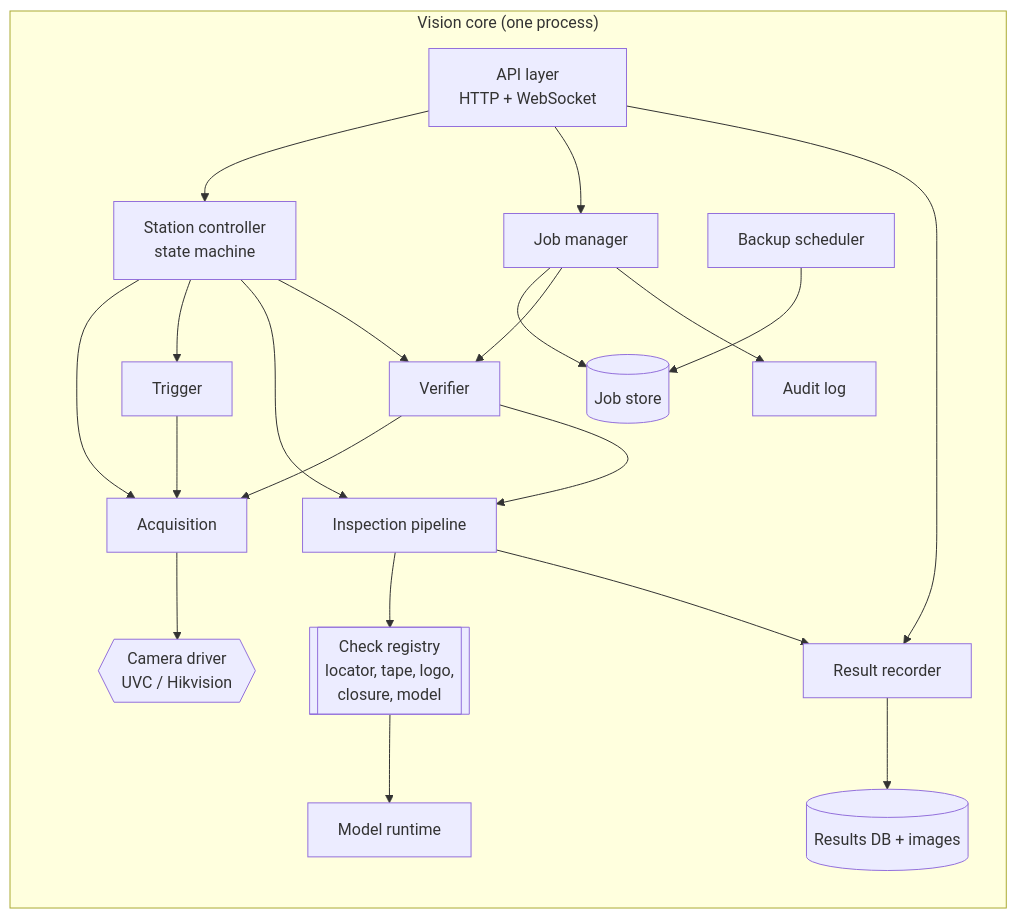
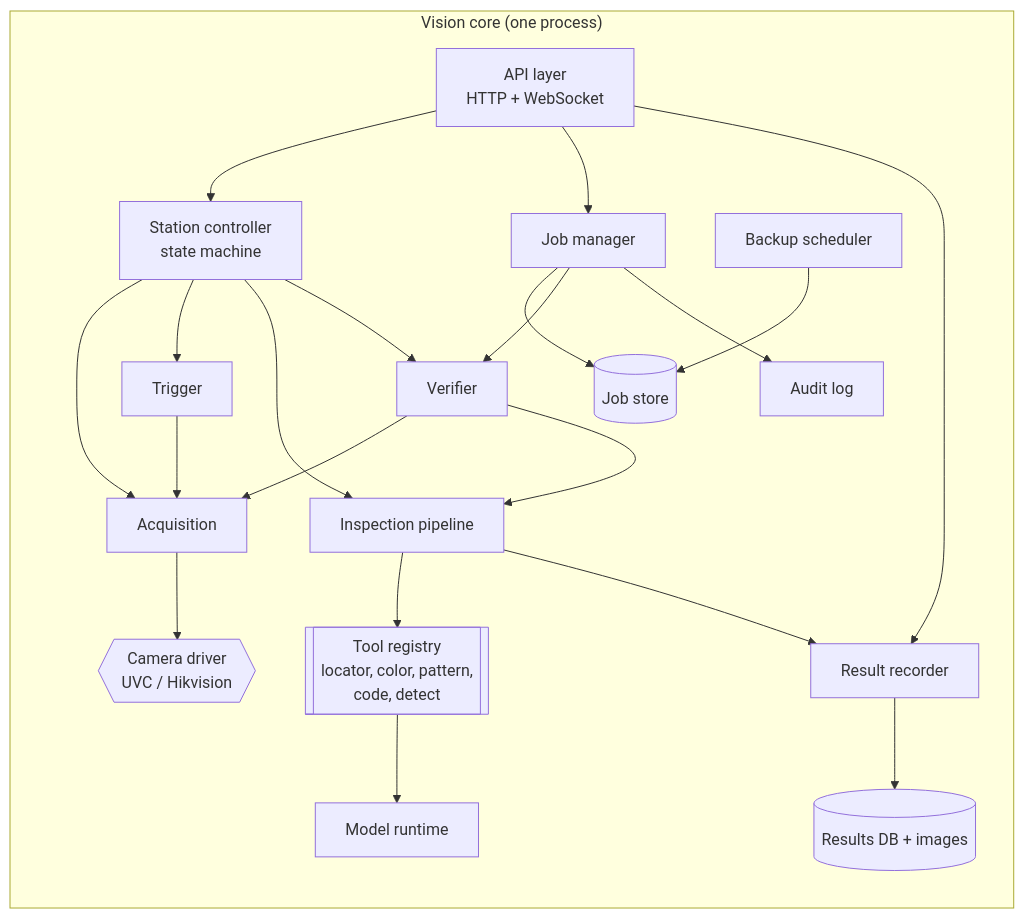
The second of 5 diagrams in docs/architecture.md (LucasSiedschlag/vision-station), drawn with Mermaid before and after one commit. The commit also changed other lines of this file and 8 other files, not shown here.

````diff
--- a/docs/architecture.md
+++ b/docs/architecture.md
@@ -60,40 +62,40 @@
 ```mermaid
 flowchart TB
     subgraph core["Vision core (one process)"]
         direction TB
         API[API layer<br/>HTTP + WebSocket]
         SM[Station controller<br/>state machine]
         JM[Job manager]
         JS[(Job store)]
         VER[Verifier]
         ACQ[Acquisition]
         DRV{{Camera driver<br/>UVC / Hikvision}}
         TRG[Trigger]
         PIPE[Inspection pipeline]
-        CHK[[Check registry<br/>locator, tape, logo,<br/>closure, model]]
+        CHK[[Tool registry<br/>locator, color, pattern,<br/>code, detect]]
         INF[Model runtime]
         RES[Result recorder]
         RDB[(Results DB + images)]
         BKP[Backup scheduler]
         AUD[Audit log]
     end
     API --> SM
     API --> JM
     API --> RES
     SM --> ACQ
     SM --> TRG
     SM --> PIPE
     SM --> VER
     JM --> JS
     JM --> VER
     JM --> AUD
     VER --> ACQ
     VER --> PIPE
     ACQ --> DRV
     TRG --> ACQ
     PIPE --> CHK
     CHK --> INF
     PIPE --> RES
     RES --> RDB
     BKP --> JS
 ```
````
